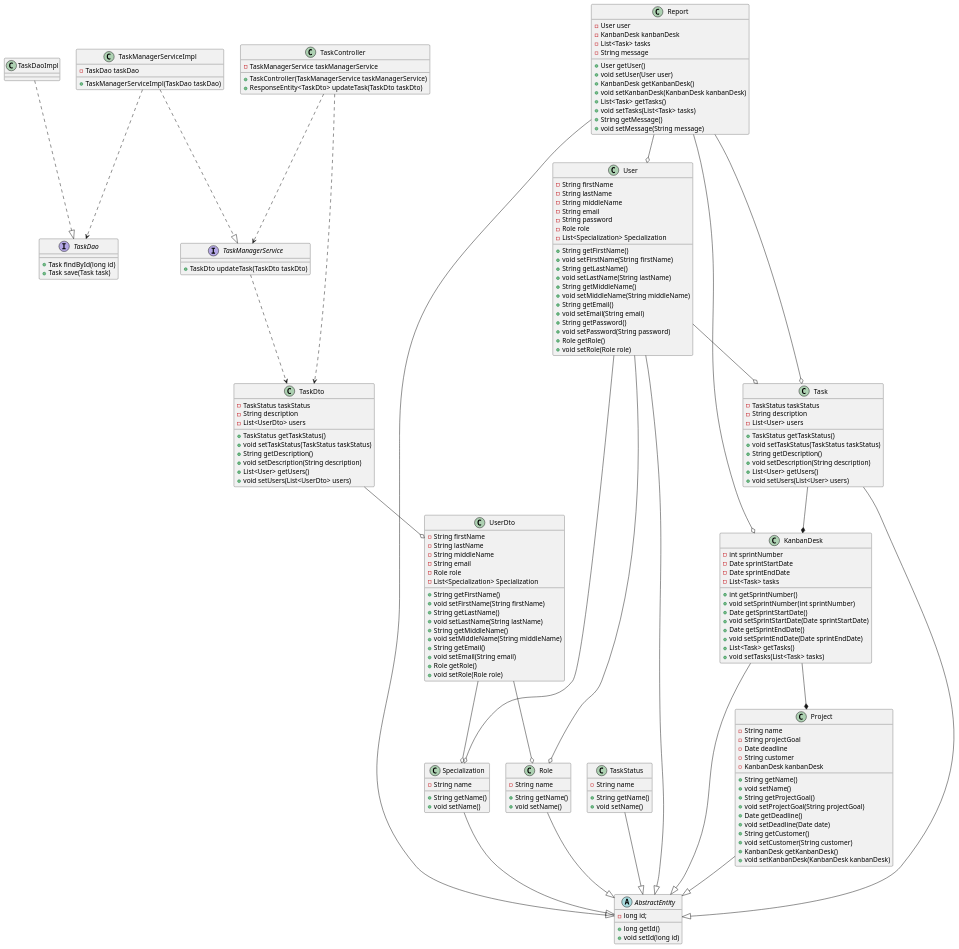
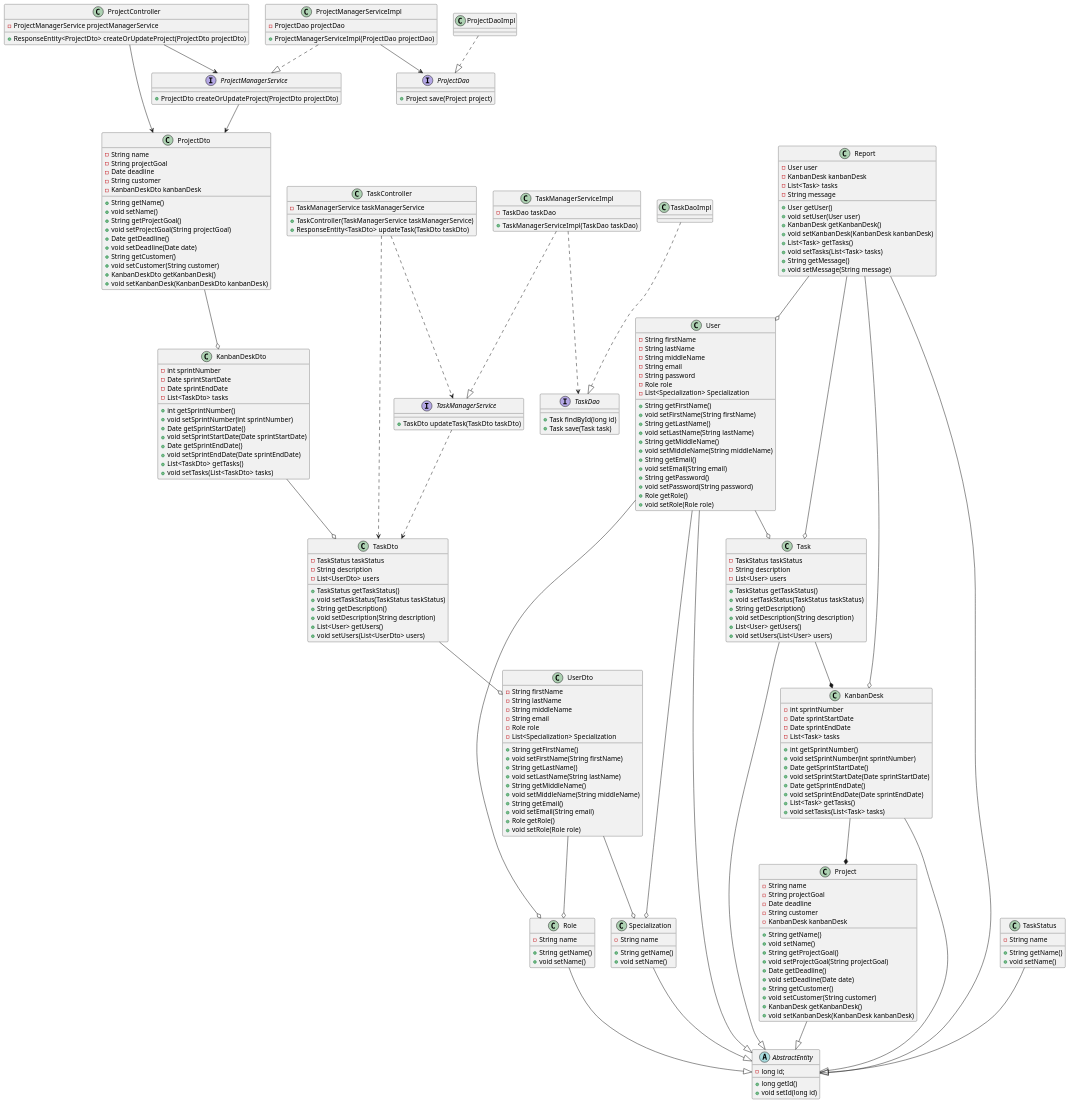
The diagram in classes.wsd (penamarth/bsbo-02-21_team_var7_erp), drawn with PlantUML before and after one commit. The commit also changed 1 other file, not shown here.

Commit message:
Добавил схему Альвины в диаграмму классов

```diff
--- a/classes.wsd
+++ b/classes.wsd
@@ -1,4 +1,4 @@
-@startuml
+@startuml classes
 abstract class AbstractEntity
 {
     - long id;
@@ -70,6 +70,24 @@
     + KanbanDesk getKanbanDesk()
     + void setKanbanDesk(KanbanDesk kanbanDesk)
 }
+class ProjectDto
+{
+    - String name
+    - String projectGoal
+    - Date deadline
+    - String customer
+    - KanbanDeskDto kanbanDesk
+    + String getName()
+    + void setName()
+    + String getProjectGoal()
+    + void setProjectGoal(String projectGoal)
+    + Date getDeadline()
+    + void setDeadline(Date date)
+    + String getCustomer()
+    + void setCustomer(String customer)
+    + KanbanDeskDto getKanbanDesk()
+    + void setKanbanDesk(KanbanDeskDto kanbanDesk)
+}
 class TaskStatus
 {
     - String name
@@ -115,6 +133,21 @@
     + List<Task> getTasks()
     + void setTasks(List<Task> tasks)
 }
+class KanbanDeskDto
+{
+    - int sprintNumber
+    - Date sprintStartDate
+    - Date sprintEndDate
+    - List<TaskDto> tasks
+    + int getSprintNumber()
+    + void setSprintNumber(int sprintNumber)
+    + Date getSprintStartDate()
+    + void setSprintStartDate(Date sprintStartDate)
+    + Date getSprintEndDate()
+    + void setSprintEndDate(Date sprintEndDate)
+    + List<TaskDto> getTasks()
+    + void setTasks(List<TaskDto> tasks) 
+}
 class Report
 {
     - User user
@@ -141,7 +174,15 @@
     + Task findById(long id)
     + Task save(Task task)
 }
+interface ProjectDao
+{
+    + Project save(Project project)
+}
 class TaskDaoImpl
+{
+
+}
+class ProjectDaoImpl
 {
 
 }
@@ -151,14 +192,28 @@
     + TaskController(TaskManagerService taskManagerService)
     + ResponseEntity<TaskDto> updateTask(TaskDto taskDto)
 }
+class ProjectController
+{
+    - ProjectManagerService projectManagerService
+    + ResponseEntity<ProjectDto> createOrUpdateProject(ProjectDto projectDto)
+}
 interface TaskManagerService
 {
     + TaskDto updateTask(TaskDto taskDto)
+}
+interface ProjectManagerService
+{
+    + ProjectDto createOrUpdateProject(ProjectDto projectDto)
 }
 class TaskManagerServiceImpl
 {
     - TaskDao taskDao
     + TaskManagerServiceImpl(TaskDao taskDao)
+}
+class ProjectManagerServiceImpl
+{
+    - ProjectDao projectDao
+    + ProjectManagerServiceImpl(ProjectDao projectDao)
 }
 
 User --|> AbstractEntity
@@ -186,5 +241,13 @@
 TaskController ..> TaskDto
 TaskManagerServiceImpl ..> TaskDao
 TaskManagerService ..> TaskDto
+ProjectDto  --o KanbanDeskDto
+KanbanDeskDto --o TaskDto
+ProjectController --> ProjectDto
+ProjectController --> ProjectManagerService
+ProjectManagerServiceImpl --> ProjectDao
+ProjectManagerServiceImpl ..|> ProjectManagerService
+ProjectDaoImpl ..|> ProjectDao
+ProjectManagerService --> ProjectDto
 
 @enduml
```
